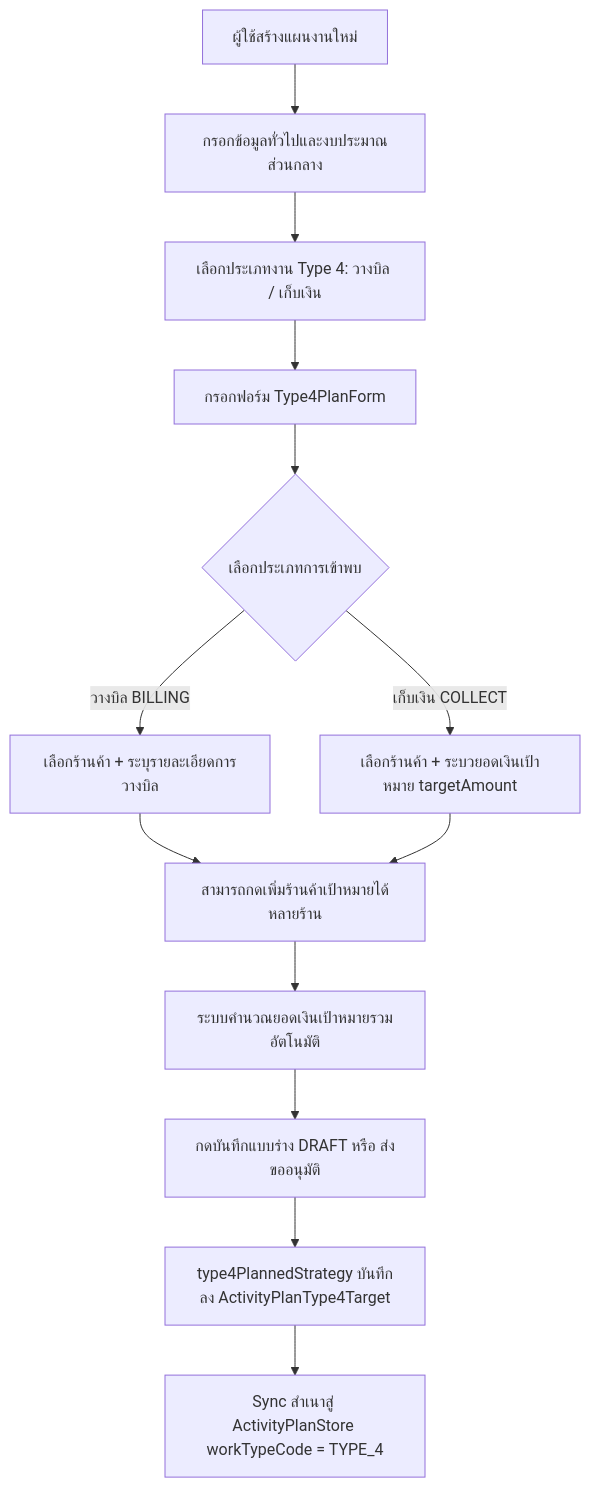
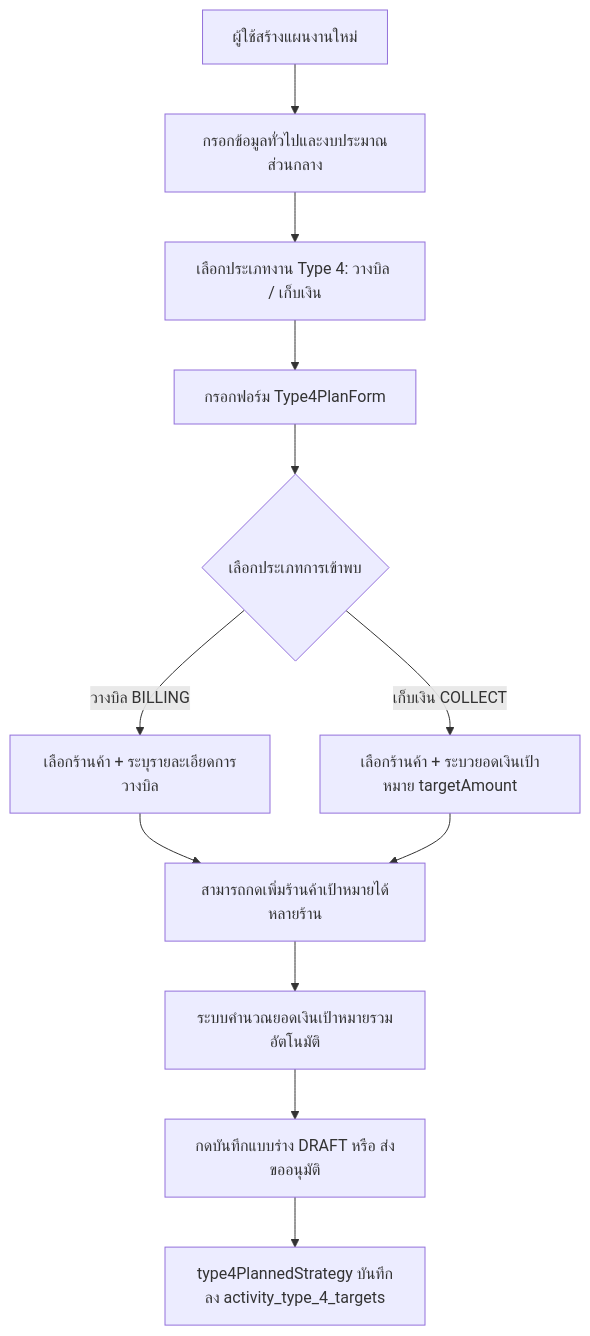
Before and after one commit to bankhk10/crm-bank: the first of 3 diagrams in modules/activity/features/type-4/README.md, drawn with Mermaid. The commit also changed other lines of this file and 19 other files, not shown here.

````diff
--- a/modules/activity/features/type-4/README.md
+++ b/modules/activity/features/type-4/README.md
@@ -47,15 +47,14 @@
 ```mermaid
 graph TD
     A[ผู้ใช้สร้างแผนงานใหม่] --> B[กรอกข้อมูลทั่วไปและงบประมาณส่วนกลาง]
     B --> C[เลือกประเภทงาน Type 4: วางบิล / เก็บเงิน]
     C --> D[กรอกฟอร์ม Type4PlanForm]
     D --> E{เลือกประเภทการเข้าพบ}
     E -->|วางบิล BILLING| F[เลือกร้านค้า + ระบุรายละเอียดการวางบิล]
     E -->|เก็บเงิน COLLECT| G[เลือกร้านค้า + ระบวยอดเงินเป้าหมาย targetAmount]
     F --> H[สามารถกดเพิ่มร้านค้าเป้าหมายได้หลายร้าน]
     G --> H
     H --> I[ระบบคำนวณยอดเงินเป้าหมายรวมอัตโนมัติ]
     I --> J[กดบันทึกแบบร่าง DRAFT หรือ ส่งขออนุมัติ]
-    J --> K[type4PlannedStrategy บันทึกลง ActivityPlanType4Target]
-    K --> L[Sync สำเนาสู่ ActivityPlanStore workTypeCode = TYPE_4]
+    J --> K[type4PlannedStrategy บันทึกลง activity_type_4_targets]
 ```
````
